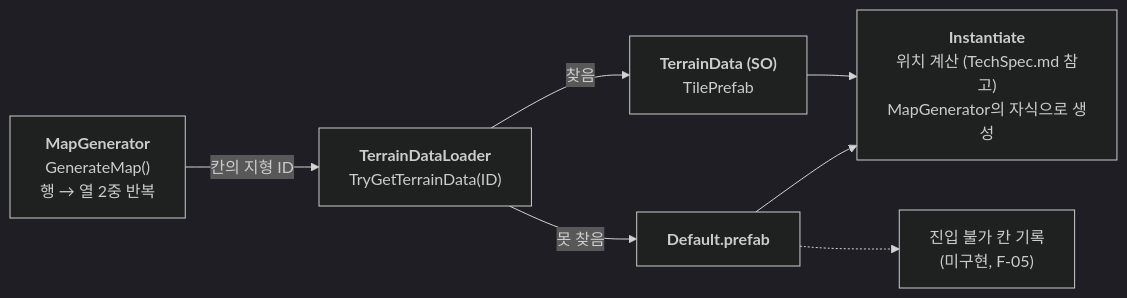
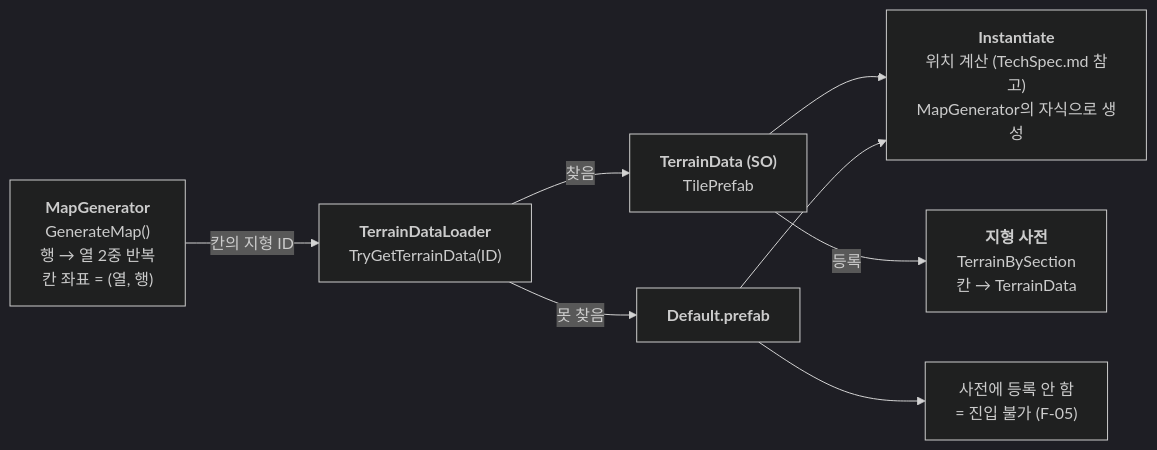
Before and after one commit to jayy5288sk/PersonalProject: the fourth of 13 diagrams in Docs/ImplementDocs/Diagram.md, drawn with Mermaid (dark theme). The commit also changed other lines of this file and 1 other file, not shown here.

Commit message:
[Docs] 기술 문서 및 다이어그램 갱신

````diff
--- a/Docs/ImplementDocs/Diagram.md
+++ b/Docs/ImplementDocs/Diagram.md
@@ -85,16 +85,18 @@
 ```mermaid
 flowchart LR
-    Gen["<b>MapGenerator</b><br/>GenerateMap()<br/>행 → 열 2중 반복"]
+    Gen["<b>MapGenerator</b><br/>GenerateMap()<br/>행 → 열 2중 반복<br/>칸 좌표 = (열, 행)"]
     Terrain["<b>TerrainDataLoader</b><br/>TryGetTerrainData(ID)"]
     SO["<b>TerrainData (SO)</b><br/>TilePrefab"]
     Def["<b>Default.prefab</b>"]
     Spawn["<b>Instantiate</b><br/>위치 계산 (TechSpec.md 참고)<br/>MapGenerator의 자식으로 생성"]
-    Block["진입 불가 칸 기록<br/>(미구현, F-05)"]
+    Dict["<b>지형 사전</b><br/>TerrainBySection<br/>칸 → TerrainData"]
+    Block["사전에 등록 안 함<br/>= 진입 불가 (F-05)"]
 
     Gen -->|칸의 지형 ID| Terrain
     Terrain -->|찾음| SO
     Terrain -->|못 찾음| Def
     SO --> Spawn
+    SO -->|등록| Dict
     Def --> Spawn
-    Def -.-> Block
+    Def --> Block
 ```
````
